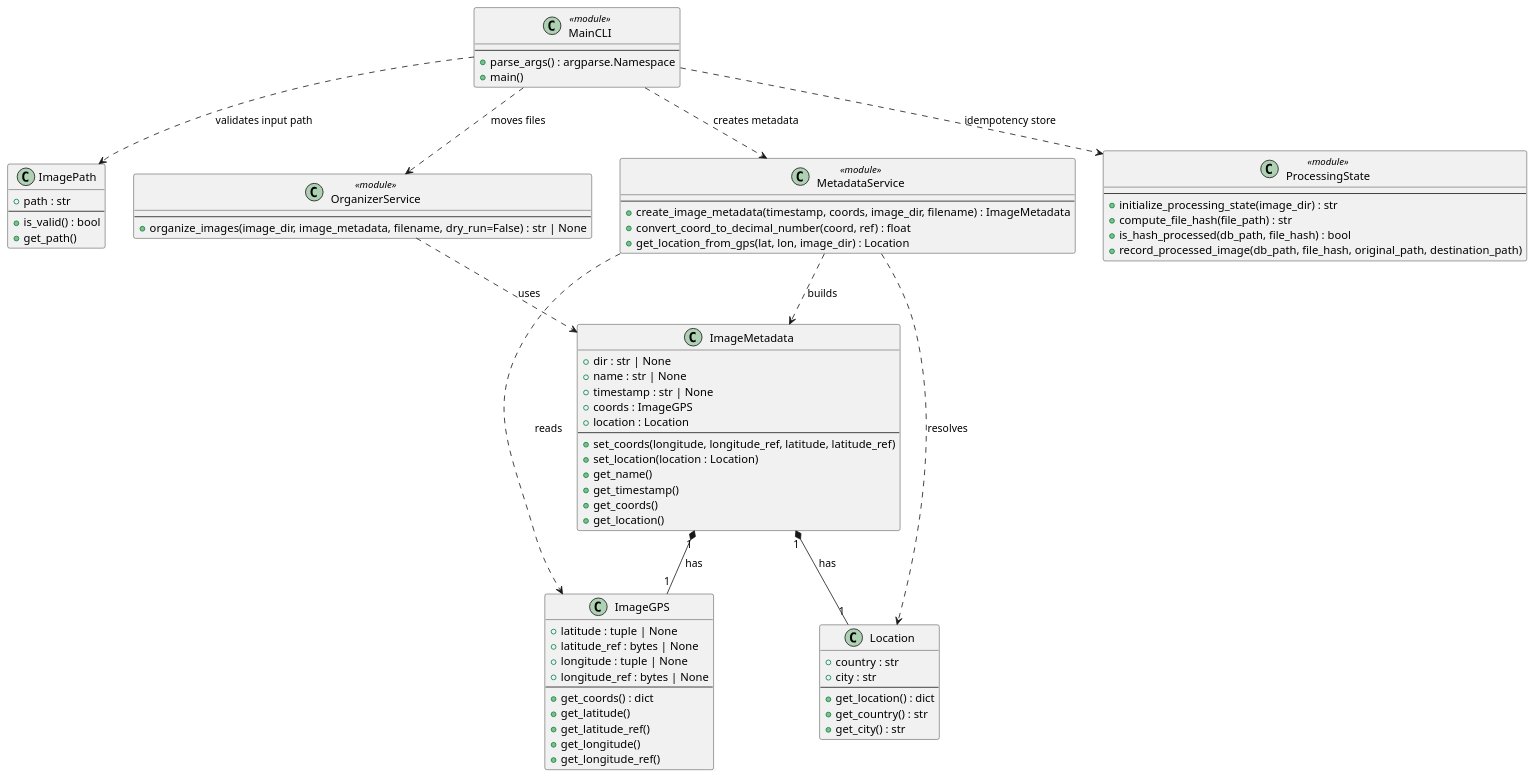
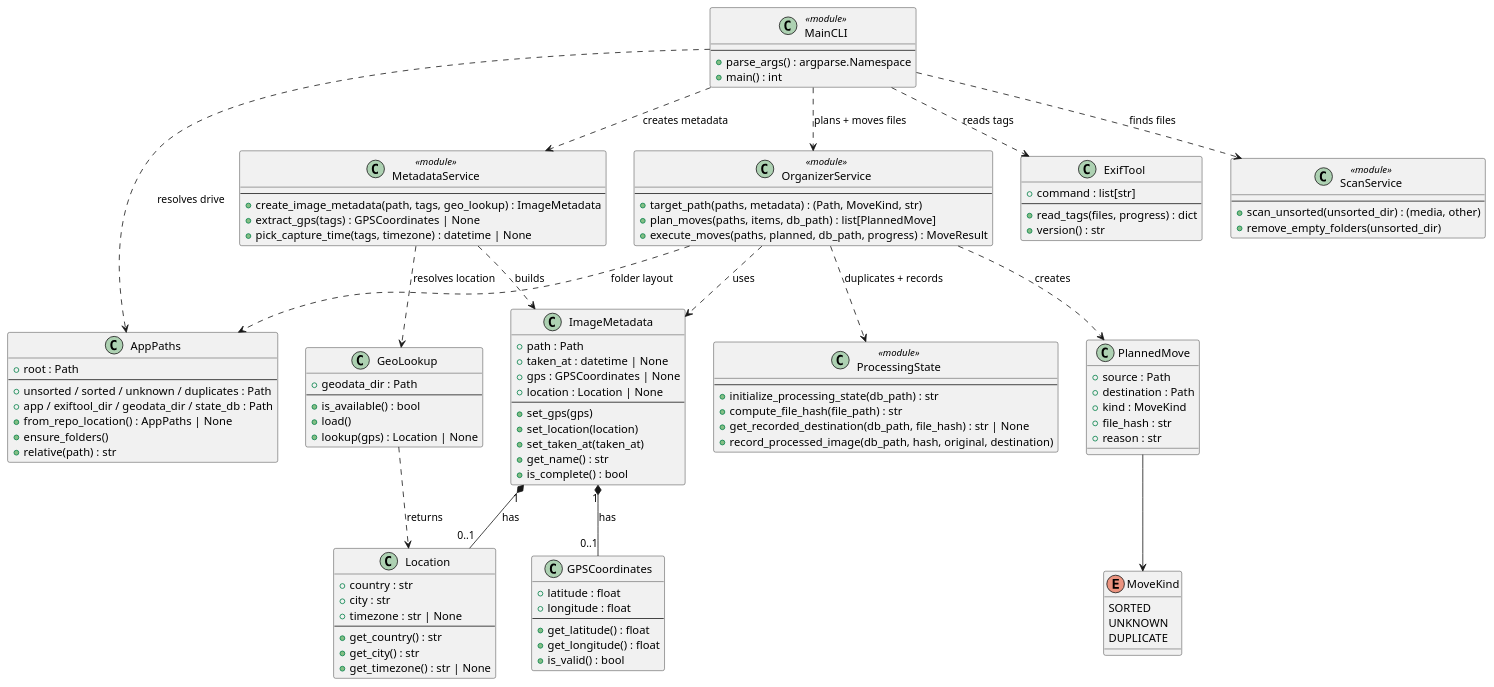
One commit to ansandnes/image-sorter changed the diagram in assets/architecture/diagrams/class_diagram.wsd. Above: the diagram before and after it, drawn with PlantUML. The commit also changed 39 other files, not shown here.

First line of the commit message:
Make image sorter portable: run from a USB drive on any OS

```diff
--- a/assets/architecture/diagrams/class_diagram.wsd
+++ b/assets/architecture/diagrams/class_diagram.wsd
@@ -1,87 +2,127 @@
 @startuml Image-Sorter
 
-class ImagePath {
-    +path : str
+class AppPaths {
+    +root : Path
     --
-    +is_valid() : bool
-    +get_path()
+    +unsorted / sorted / unknown / duplicates : Path
+    +app / exiftool_dir / geodata_dir / state_db : Path
+    +from_repo_location() : AppPaths | None
+    +ensure_folders()
+    +relative(path) : str
 }
 
-class ImageGPS {
-    +latitude : tuple | None
-    +latitude_ref : bytes | None
-    +longitude : tuple | None
-    +longitude_ref : bytes | None
+class GPSCoordinates {
+    +latitude : float
+    +longitude : float
     --
-    +get_coords() : dict
-    +get_latitude()
-    +get_latitude_ref()
-    +get_longitude()
-    +get_longitude_ref()
+    +get_latitude() : float
+    +get_longitude() : float
+    +is_valid() : bool
 }
 
 class Location {
     +country : str
     +city : str
+    +timezone : str | None
     --
-    +get_location() : dict
     +get_country() : str
     +get_city() : str
+    +get_timezone() : str | None
 }
 
 class ImageMetadata {
-    +dir : str | None
-    +name : str | None
-    +timestamp : str | None
-    +coords : ImageGPS
-    +location : Location
+    +path : Path
+    +taken_at : datetime | None
+    +gps : GPSCoordinates | None
+    +location : Location | None
     --
-    +set_coords(longitude, longitude_ref, latitude, latitude_ref)
-    +set_location(location : Location)
-    +get_name()
-    +get_timestamp()
-    +get_coords()
-    +get_location()
+    +set_gps(gps)
+    +set_location(location)
+    +set_taken_at(taken_at)
+    +get_name() : str
+    +is_complete() : bool
+}
+
+class ExifTool {
+    +command : list[str]
+    --
+    +read_tags(files, progress) : dict
+    +version() : str
+}
+
+class GeoLookup {
+    +geodata_dir : Path
+    --
+    +is_available() : bool
+    +load()
+    +lookup(gps) : Location | None
+}
+
+class PlannedMove {
+    +source : Path
+    +destination : Path
+    +kind : MoveKind
+    +file_hash : str
+    +reason : str
+}
+
+enum MoveKind {
+    SORTED
+    UNKNOWN
+    DUPLICATE
 }
 
 class MetadataService <<module>> {
     --
-    +create_image_metadata(timestamp, coords, image_dir, filename) : ImageMetadata
-    +convert_coord_to_decimal_number(coord, ref) : float
-    +get_location_from_gps(lat, lon, image_dir) : Location
+    +create_image_metadata(path, tags, geo_lookup) : ImageMetadata
+    +extract_gps(tags) : GPSCoordinates | None
+    +pick_capture_time(tags, timezone) : datetime | None
 }
 
 class OrganizerService <<module>> {
     --
-    +organize_images(image_dir, image_metadata, filename, dry_run=False) : str | None
+    +target_path(paths, metadata) : (Path, MoveKind, str)
+    +plan_moves(paths, items, db_path) : list[PlannedMove]
+    +execute_moves(paths, planned, db_path, progress) : MoveResult
+}
+
+class ScanService <<module>> {
+    --
+    +scan_unsorted(unsorted_dir) : (media, other)
+    +remove_empty_folders(unsorted_dir)
 }
 
 class ProcessingState <<module>> {
     --
-    +initialize_processing_state(image_dir) : str
+    +initialize_processing_state(db_path) : str
     +compute_file_hash(file_path) : str
-    +is_hash_processed(db_path, file_hash) : bool
-    +record_processed_image(db_path, file_hash, original_path, destination_path)
+    +get_recorded_destination(db_path, file_hash) : str | None
+    +record_processed_image(db_path, hash, original, destination)
 }
 
 class MainCLI <<module>> {
     --
     +parse_args() : argparse.Namespace
-    +main()
+    +main() : int
 }
 
 ' --- RELATIONSHIPS ---
 
-ImageMetadata "1" *-- "1" ImageGPS : has
-ImageMetadata "1" *-- "1" Location : has
+ImageMetadata "1" *-- "0..1" GPSCoordinates : has
+ImageMetadata "1" *-- "0..1" Location : has
+PlannedMove --> MoveKind
 
 MetadataService ..> ImageMetadata : builds
-MetadataService ..> ImageGPS : reads
-MetadataService ..> Location : resolves
+MetadataService ..> GeoLookup : resolves location
+GeoLookup ..> Location : returns
 OrganizerService ..> ImageMetadata : uses
-MainCLI ..> ImagePath : validates input path
+OrganizerService ..> PlannedMove : creates
+OrganizerService ..> ProcessingState : duplicates + records
+OrganizerService ..> AppPaths : folder layout
+MainCLI ..> AppPaths : resolves drive
+MainCLI ..> ScanService : finds files
+MainCLI ..> ExifTool : reads tags
 MainCLI ..> MetadataService : creates metadata
-MainCLI ..> OrganizerService : moves files
-MainCLI ..> ProcessingState : idempotency store
+MainCLI ..> OrganizerService : plans + moves files
 
 @enduml
```
